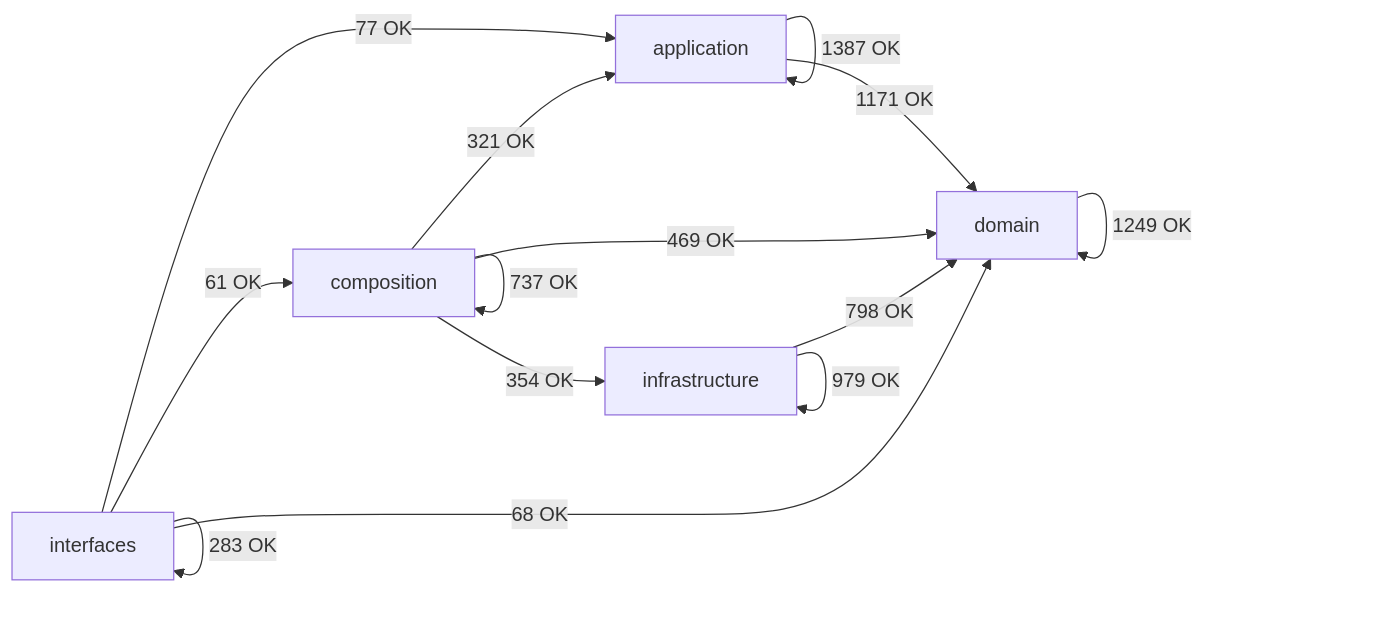
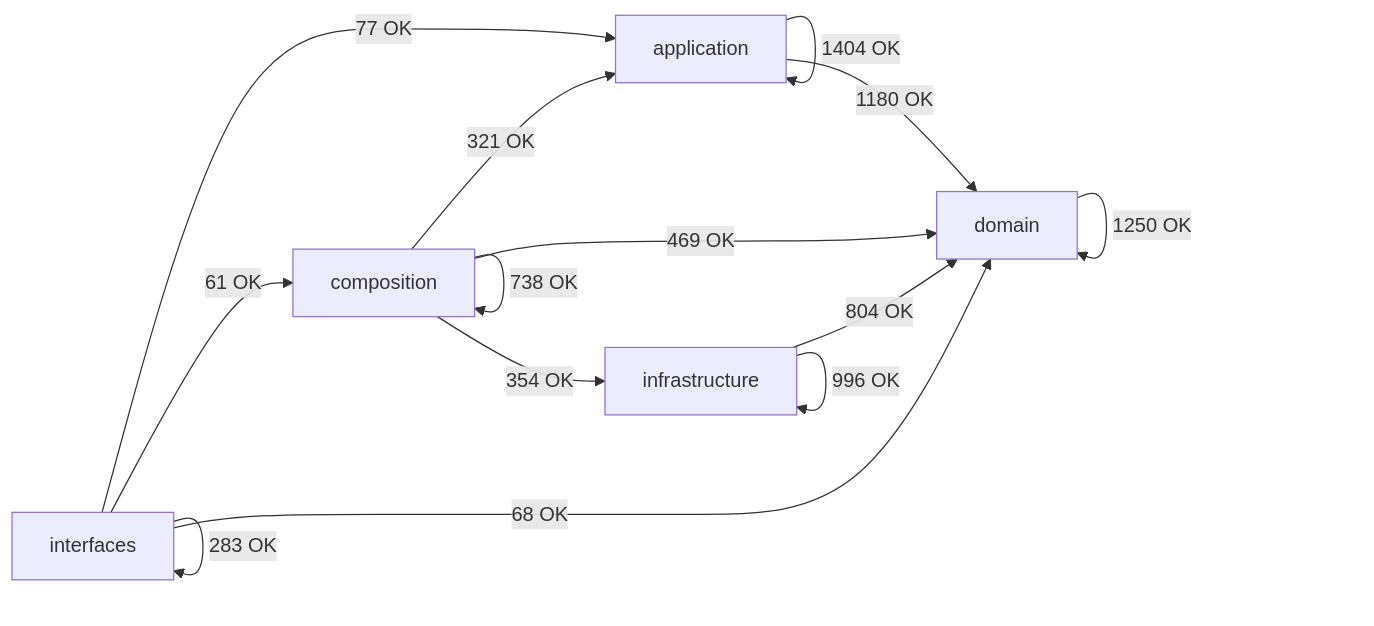
The diagram in docs/02-architecture/generated/module-dependency-map.md (SatoryKono/BioactivityDataAcquisition), drawn with Mermaid before and after one commit. The commit also changed other lines of this file and 100 other files, not shown here.

````diff
--- a/docs/02-architecture/generated/module-dependency-map.md
+++ b/docs/02-architecture/generated/module-dependency-map.md
@@ -17,21 +17,21 @@
 ```mermaid
 flowchart LR
     domain[domain]
     application[application]
     infrastructure[infrastructure]
     composition[composition]
     interfaces[interfaces]
-    application -->|1387 OK| application
-    application -->|1171 OK| domain
+    application -->|1404 OK| application
+    application -->|1180 OK| domain
     composition -->|321 OK| application
-    composition -->|737 OK| composition
+    composition -->|738 OK| composition
     composition -->|469 OK| domain
     composition -->|354 OK| infrastructure
-    domain -->|1249 OK| domain
-    infrastructure -->|798 OK| domain
-    infrastructure -->|979 OK| infrastructure
+    domain -->|1250 OK| domain
+    infrastructure -->|804 OK| domain
+    infrastructure -->|996 OK| infrastructure
     interfaces -->|77 OK| application
     interfaces -->|61 OK| composition
     interfaces -->|68 OK| domain
     interfaces -->|283 OK| interfaces
 ```
````
